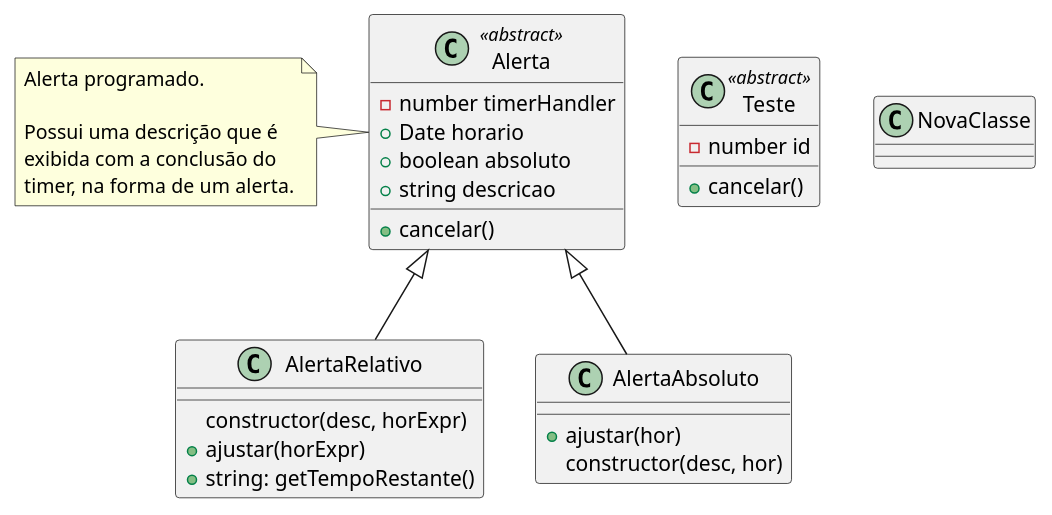
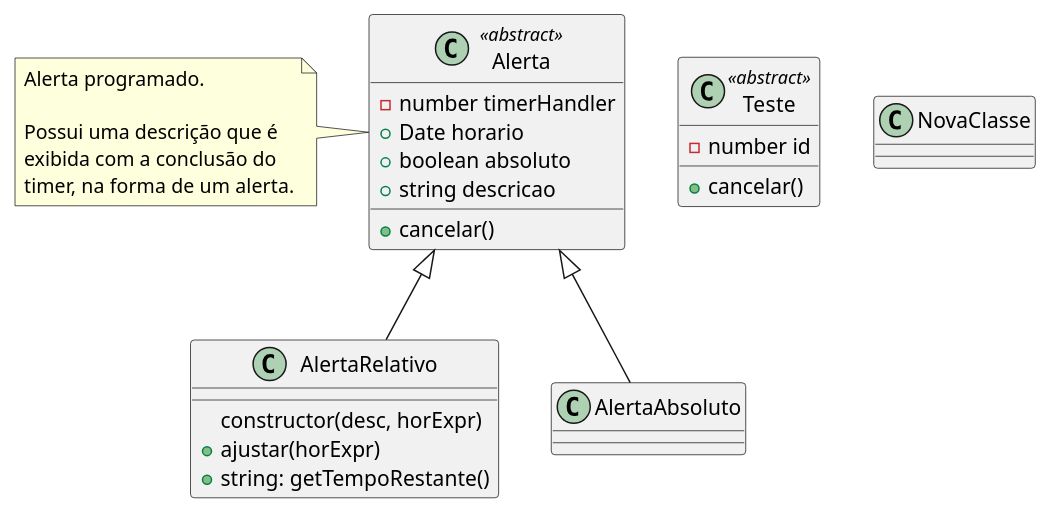
Before and after one commit to hasdran/plantuml-demo: the diagram in classes.puml, drawn with PlantUML.

Commit message:
deletando método

```diff
--- a/classes.puml
+++ b/classes.puml
@@ -1,36 +1,32 @@
 @startuml "Classes"
 
 top to bottom direction
 class Teste <<abstract>> {
   - number id
   + cancelar()
 }
 class Alerta <<abstract>> {
   - number timerHandler
   + Date horario
   + boolean absoluto
   + string descricao
   + cancelar()
 }
 
 note left of Alerta : Alerta programado.\n\nPossui uma descrição que é\nexibida com a conclusão do\ntimer, na forma de um alerta.
 
+
 class AlertaRelativo {
   constructor(desc, horExpr)
   + ajustar(horExpr)
   + string: getTempoRestante()
-}
-
-class AlertaAbsoluto {
-  + ajustar(hor)
-  constructor(desc, hor)
 }
 
 class NovaClasse {
 
 }
 
 Alerta <|-- AlertaRelativo
 Alerta <|-- AlertaAbsoluto
 
 @enduml
```
